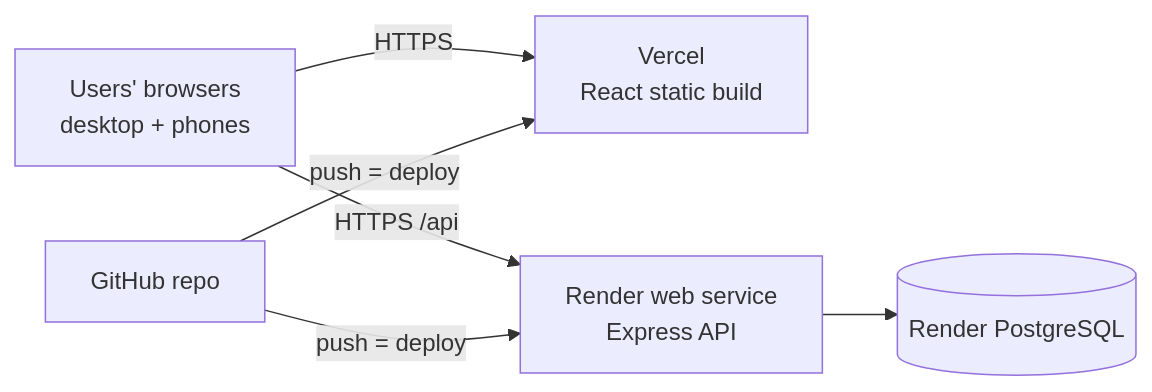
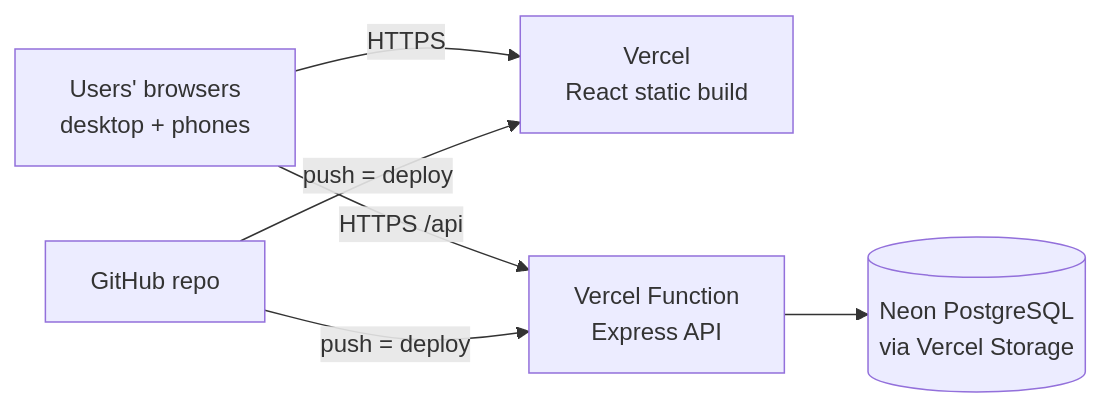
One commit to Patel-Divya-236/assettrace changed the sixth of 6 diagrams in docs/ARCHITECTURE.md. Above: the diagram before and after it, drawn with Mermaid. The commit also changed other lines of this file and 9 other files, not shown here.

Commit message:
chore: deploy api and web on vercel with neon postgres

````diff
--- a/docs/ARCHITECTURE.md
+++ b/docs/ARCHITECTURE.md
@@ -219,8 +219,8 @@
 ```mermaid
 flowchart LR
   U[Users' browsers<br/>desktop + phones] -->|HTTPS| V[Vercel<br/>React static build]
-  U -->|HTTPS /api| R[Render web service<br/>Express API]
-  R --> PG[(Render PostgreSQL)]
+  U -->|HTTPS /api| R[Vercel Function<br/>Express API]
+  R --> PG[(Neon PostgreSQL<br/>via Vercel Storage)]
   GH[GitHub repo] -->|push = deploy| V
   GH -->|push = deploy| R
 ```
````
